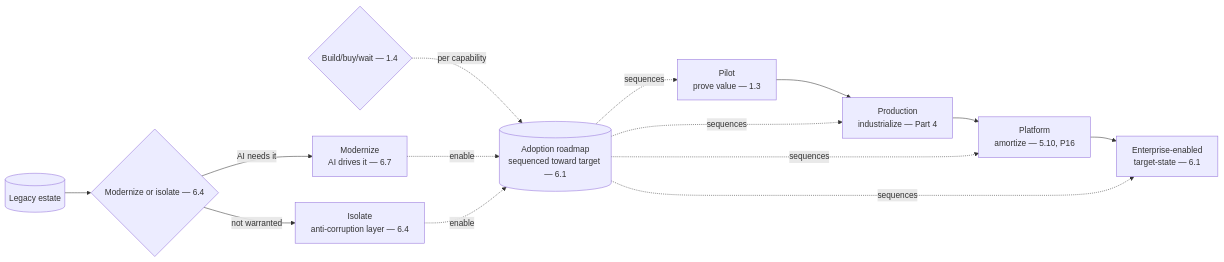
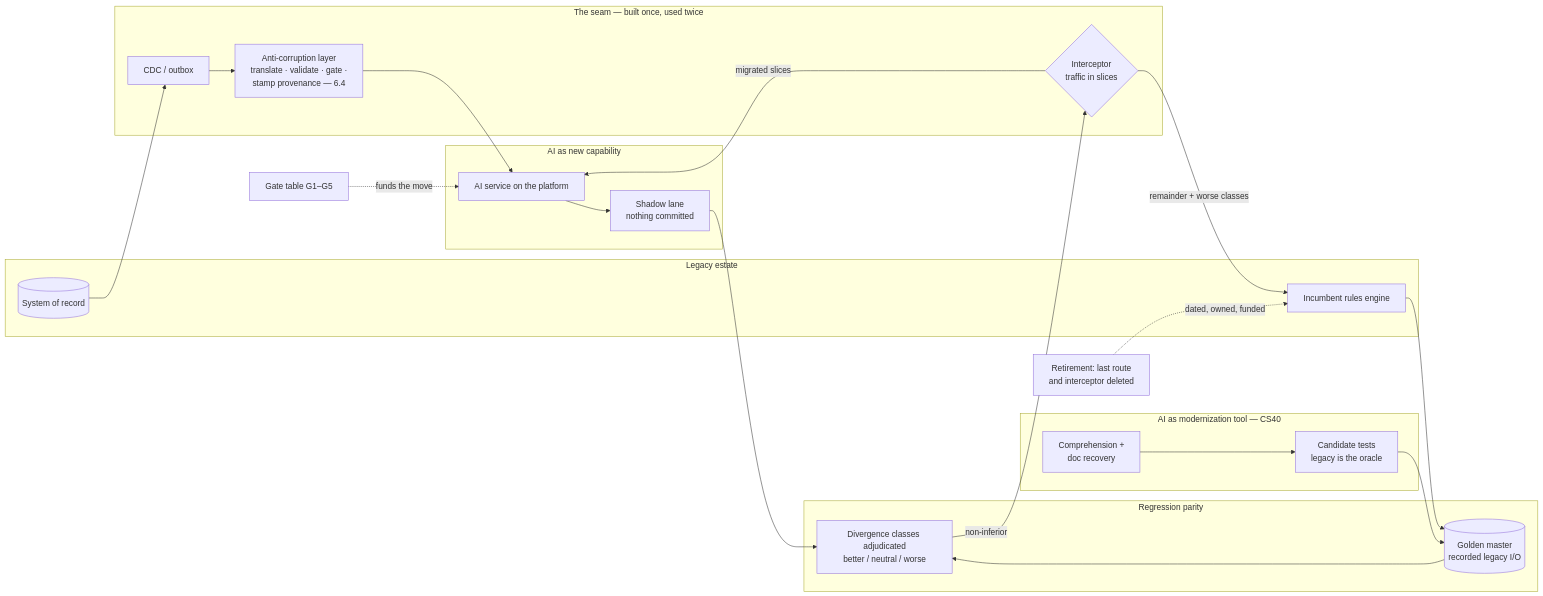
The diagram in curriculum/part-6-enterprise-architecture/chapter-08-legacy-modernization-ai-adoption.md (sivakrushna-works/GSAC), drawn with Mermaid before and after one commit. The commit also changed other lines of this file and 10 other files, not shown here.

````diff
--- a/curriculum/part-6-enterprise-architecture/chapter-08-legacy-modernization-ai-adoption.md
+++ b/curriculum/part-6-enterprise-architecture/chapter-08-legacy-modernization-ai-adoption.md
@@ -62,12 +93,34 @@
 ```mermaid
 flowchart LR
-    PILOT[Pilot<br/>prove value — 1.3] --> PROD[Production<br/>industrialize — Part 4]
-    PROD --> PLATFORM[Platform<br/>amortize — 5.10, P16]
-    PLATFORM --> ENABLED[Enterprise-enabled<br/>target-state — 6.1]
-    ROADMAP[(Adoption roadmap<br/>sequenced toward target — 6.1)] -.sequences.-> PILOT & PROD & PLATFORM & ENABLED
-    DECISION{Build/buy/wait — 1.4} -.per capability.-> ROADMAP
-    LEGACY[(Legacy estate)] --> MODDEC{Modernize or isolate — 6.4}
-    MODDEC -->|AI needs it| MODERNIZE[Modernize<br/>AI drives it — 6.7]
-    MODDEC -->|not warranted| ISOLATE[Isolate<br/>anti-corruption layer — 6.4]
-    MODERNIZE & ISOLATE -.enable.-> ROADMAP
+    subgraph LEG [Legacy estate]
+        SOR[(System of record)]
+        RULES[Incumbent rules engine]
+    end
+    subgraph SEAM [The seam — built once, used twice]
+        CDC[CDC / outbox]
+        ACL[Anti-corruption layer<br/>translate · validate · gate ·<br/>stamp provenance — 6.4]
+        INT{Interceptor<br/>traffic in slices}
+    end
+    subgraph TOOL [AI as modernization tool — CS40]
+        COMP[Comprehension +<br/>doc recovery]
+        GEN[Candidate tests<br/>legacy is the oracle]
+    end
+    subgraph PAR [Regression parity]
+        GM[(Golden master<br/>recorded legacy I/O)]
+        ADJ[Divergence classes adjudicated<br/>better / neutral / worse]
+    end
+    subgraph NEW [AI as new capability]
+        AI[AI service on the platform]
+        SHD[Shadow lane<br/>nothing committed]
+    end
+    SOR --> CDC --> ACL --> AI
+    RULES --> GM
+    COMP --> GEN --> GM
+    AI --> SHD --> ADJ
+    GM --> ADJ
+    ADJ -->|non-inferior| INT
+    INT -->|migrated slices| AI
+    INT -->|remainder + worse classes| RULES
+    GATE[Gate table G1–G5] -.funds the move.-> AI
+    RET[Retirement: last route<br/>and interceptor deleted] -.dated, owned, funded.-> RULES
 ```
````
